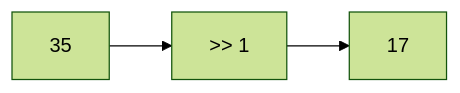
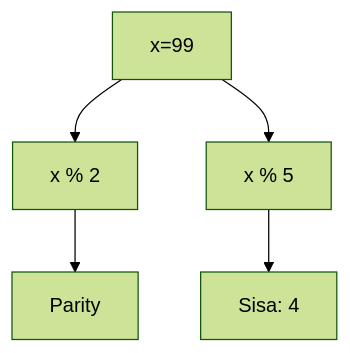
Before and after one commit to amnahwaida/OSNK_INF_PREP: diagram 13 of 25 in part-c-pemahaman-cpp/06-bitwise/latihan/set-10.md, drawn with Mermaid (forest theme). The commit also changed other lines of this file and 71 other files, not shown here.

````diff
--- a/part-c-pemahaman-cpp/06-bitwise/latihan/set-10.md
+++ b/part-c-pemahaman-cpp/06-bitwise/latihan/set-10.md
@@ -348,5 +381,7 @@
 ```mermaid
-graph LR
-    A[35] --> B[">> 1"]
-    B --> C[17]
+graph TD
+A[x=99] --> B[x % 2]
+B --> C[Parity]
+A --> D[x % 5]
+D --> E[Sisa: 4]
 ```
````
